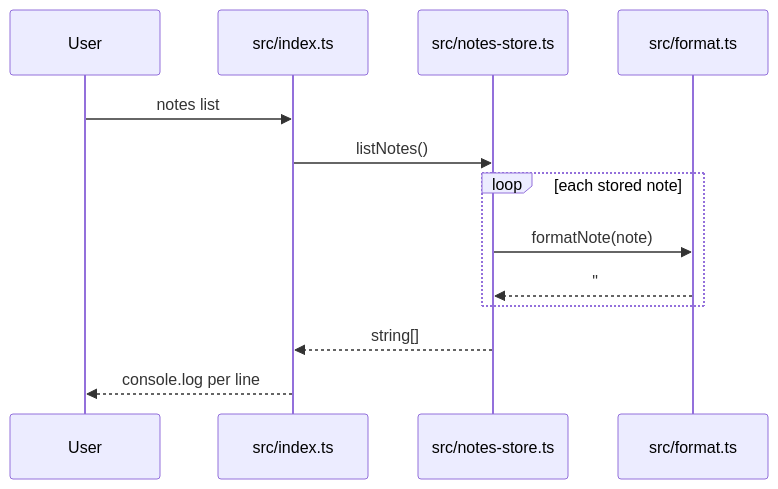
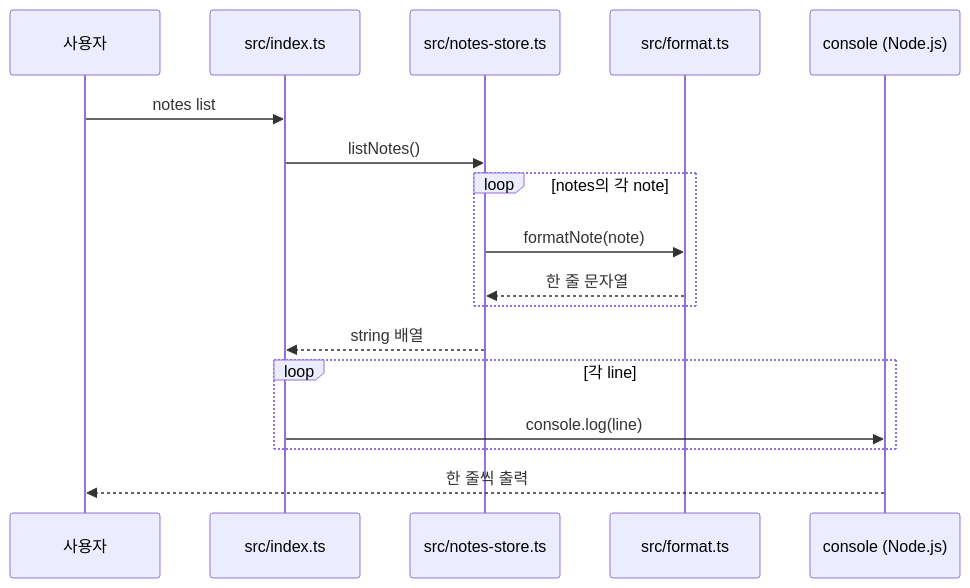
Before and after one commit to hxxnn/codemap: the second of 3 diagrams in examples/ts-notes-cli/docs/codemap/sequence-flow.md, drawn with Mermaid. The commit also changed other lines of this file and 44 other files, not shown here.

````diff
--- a/examples/ts-notes-cli/docs/codemap/sequence-flow.md
+++ b/examples/ts-notes-cli/docs/codemap/sequence-flow.md
@@ -41,15 +44,19 @@
 ```mermaid
 sequenceDiagram
-  participant U as User
-  participant I as src/index.ts
-  participant S as src/notes-store.ts
-  participant F as src/format.ts
-  U->>I: notes list
-  I->>S: listNotes()
-  loop each stored note
-    S->>F: formatNote(note)
-    F-->>S: "#id text (author)"
+  participant U as 사용자
+  participant idx as src/index.ts
+  participant store as src/notes-store.ts
+  participant fmt as src/format.ts
+  participant out as console (Node.js)
+  U->>idx: notes list
+  idx->>store: listNotes()
+  loop notes의 각 note
+    store->>fmt: formatNote(note)
+    fmt-->>store: 한 줄 문자열
   end
-  S-->>I: string[]
-  I-->>U: console.log per line
+  store-->>idx: string 배열
+  loop 각 line
+    idx->>out: console.log(line)
+  end
+  out-->>U: 한 줄씩 출력
 ```
````
